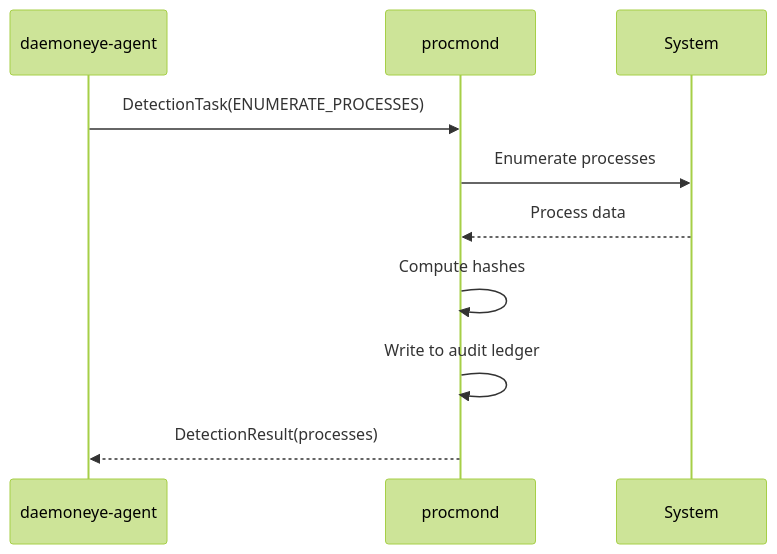
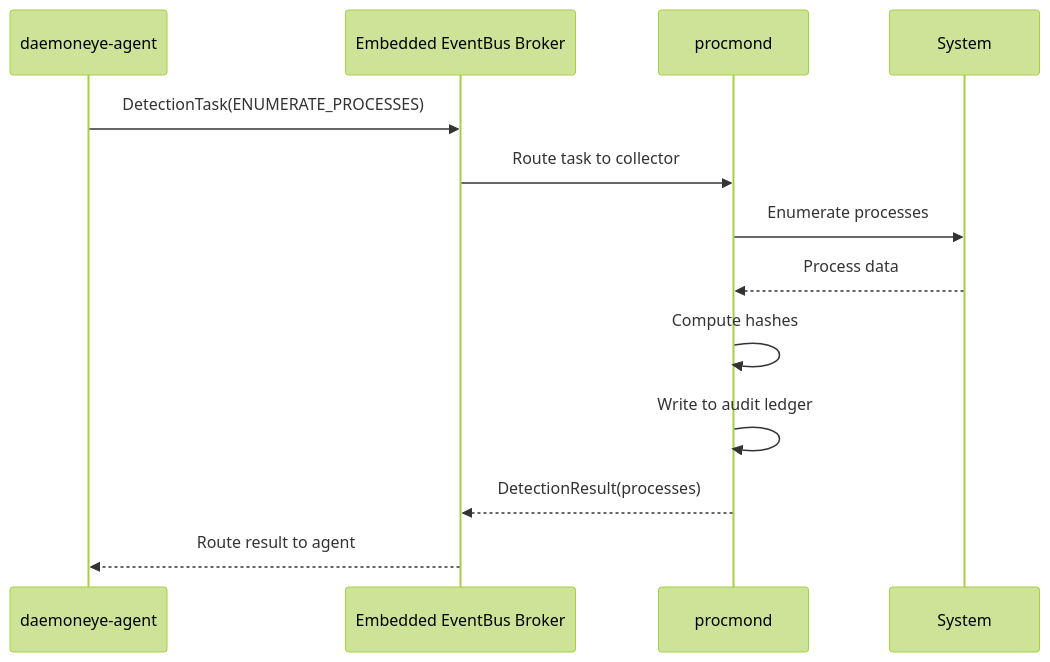
One commit to EvilBit-Labs/DaemonEye changed the second of 4 diagrams in docs/src/architecture.md. Above: the diagram before and after it, drawn with Mermaid (forest theme). The commit also changed other lines of this file and 79 other files, not shown here.

````diff
--- a/docs/src/architecture.md
+++ b/docs/src/architecture.md
@@ -189,13 +200,16 @@
 ```mermaid
 sequenceDiagram
     participant SA as daemoneye-agent
+    participant EB as Embedded EventBus Broker
     participant PM as procmond
     participant SYS as System
 
-    SA->>PM: DetectionTask(ENUMERATE_PROCESSES)
+    SA->>EB: DetectionTask(ENUMERATE_PROCESSES)
+    EB->>PM: Route task to collector
     PM->>SYS: Enumerate processes
     SYS-->>PM: Process data
     PM->>PM: Compute hashes
     PM->>PM: Write to audit ledger
-    PM-->>SA: DetectionResult(processes)
+    PM-->>EB: DetectionResult(processes)
+    EB-->>SA: Route result to agent
 ```
````
